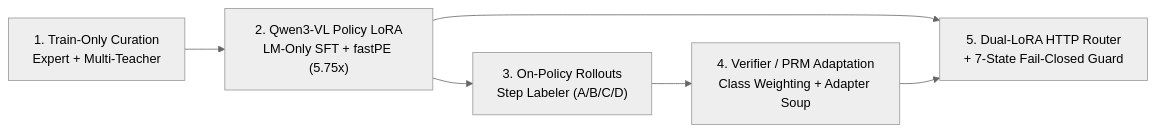
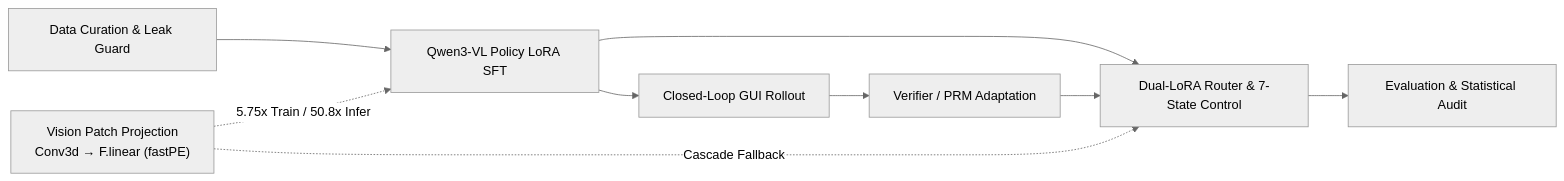
The diagram in README.md (ca1tshame/GUI-Transition-Verifier), drawn with Mermaid (neutral theme) before and after one commit. The commit also changed other lines of this file and 11 other files, not shown here.

````diff
--- a/README.md
+++ b/README.md
@@ -65,8 +57,12 @@
 ```mermaid
 flowchart LR
-    A["1. Train-Only Curation<br/>Expert + Multi-Teacher"] --> B["2. Qwen3-VL Policy LoRA<br/>LM-Only SFT + fastPE (5.75x)"]
-    B --> C["3. On-Policy Rollouts<br/>Step Labeler (A/B/C/D)"]
-    C --> D["4. Verifier / PRM Adaptation<br/>Class Weighting + Adapter Soup"]
-    B --> E["5. Dual-LoRA HTTP Router<br/>+ 7-State Fail-Closed Guard"]
+    A["Data Curation &amp; Leak Guard"] --> B["Qwen3-VL Policy LoRA SFT"]
+    B --> C["Closed-Loop GUI Rollout"]
+    C --> D["Verifier / PRM Adaptation"]
+    B --> E["Dual-LoRA Router &amp; 7-State Control"]
     D --> E
+    E --> F["Evaluation &amp; Statistical Audit"]
+
+    G["Vision Patch Projection<br/>Conv3d → F.linear (fastPE)"] -.->|"5.75x Train / 50.8x Infer"| B
+    G -.->|"Cascade Fallback"| E
 ```
````
